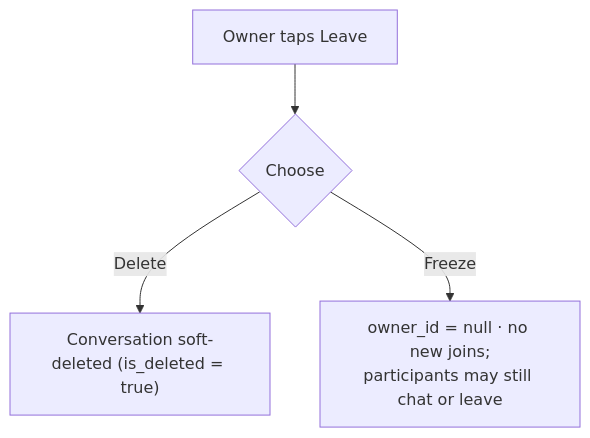
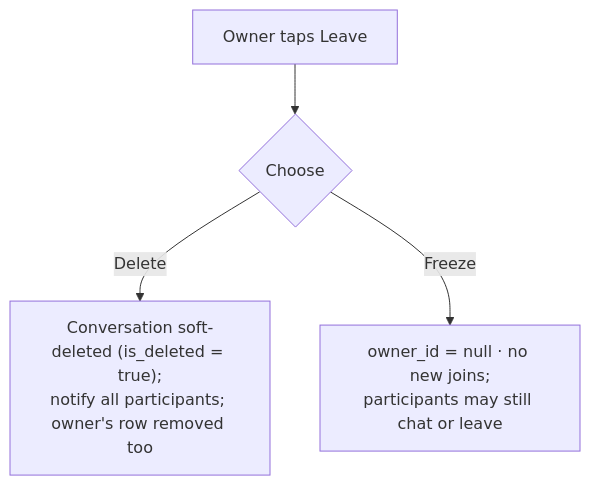
Before and after one commit to phanxuanquang/jetomax-assignment: the second of 6 diagrams in docs/software-requirements-specification.md, drawn with Mermaid. The commit also changed other lines of this file, not shown here.

First line of the commit message:
docs(srs): clarify Leave-delete notification and OCR-retry behavior

````diff
--- a/docs/software-requirements-specification.md
+++ b/docs/software-requirements-specification.md
@@ -156,6 +156,6 @@
 ```mermaid
 flowchart TD
     Leave["Owner taps Leave"] --> Ask{"Choose"}
-    Ask -->|"Delete"| Del["Conversation soft-deleted (is_deleted = true)"]
+    Ask -->|"Delete"| Del["Conversation soft-deleted (is_deleted = true);<br/>notify all participants; owner's row removed too"]
     Ask -->|"Freeze"| Frz["owner_id = null · no new joins;<br/>participants may still chat or leave"]
 ```
````
